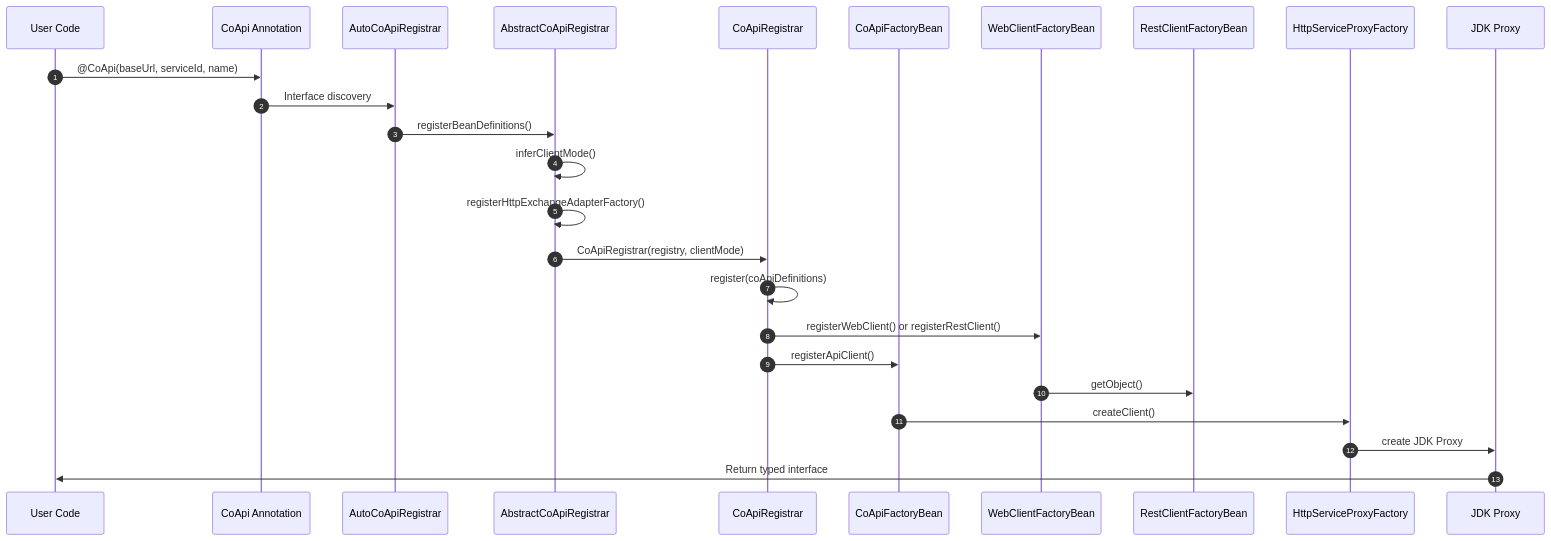
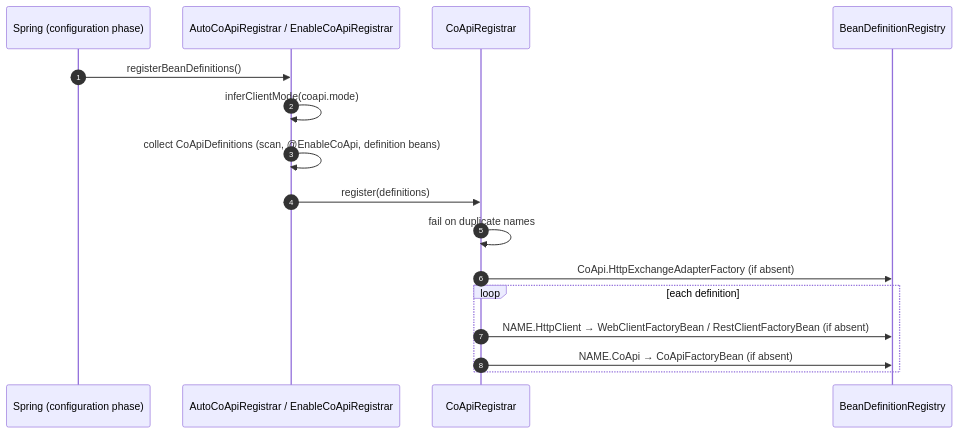
Before and after one commit to Ahoo-Wang/CoApi: the second of 2 diagrams in wiki/deep-dive/architecture.md, drawn with Mermaid. The commit also changed other lines of this file and 58 other files, not shown here.

````diff
--- a/wiki/deep-dive/architecture.md
+++ b/wiki/deep-dive/architecture.md
@@ -89,30 +32,18 @@
 ```mermaid
 sequenceDiagram
-    participant U as User Code
-    participant A as CoApi Annotation
-    participant B as AutoCoApiRegistrar
-    participant C as AbstractCoApiRegistrar
-    participant D as CoApiRegistrar
-    participant E as CoApiFactoryBean
-    participant F as WebClientFactoryBean
-    participant G as RestClientFactoryBean
-    participant H as HttpServiceProxyFactory
-    participant I as JDK Proxy
-    
     autonumber
-    
-    U->>A: @CoApi(baseUrl, serviceId, name)
-    A->>B: Interface discovery
-    B->>C: registerBeanDefinitions()
-    C->>C: inferClientMode()
-    C->>C: registerHttpExchangeAdapterFactory()
-    C->>D: CoApiRegistrar(registry, clientMode)
-    D->>D: register(coApiDefinitions)
-    D->>F: registerWebClient() or registerRestClient()
-    D->>E: registerApiClient()
-    F->>G: getObject()
-    E->>H: createClient()
-    H->>I: create JDK Proxy
-    I->>U: Return typed interface
-    
+    participant Boot as Spring (configuration phase)
+    participant R as AutoCoApiRegistrar / EnableCoApiRegistrar
+    participant CR as CoApiRegistrar
+    participant Reg as BeanDefinitionRegistry
+    Boot->>R: registerBeanDefinitions()
+    R->>R: inferClientMode(coapi.mode)
+    R->>R: collect CoApiDefinitions (scan, @EnableCoApi, definition beans)
+    R->>CR: register(definitions)
+    CR->>CR: fail on duplicate names
+    CR->>Reg: CoApi.HttpExchangeAdapterFactory (if absent)
+    loop each definition
+        CR->>Reg: NAME.HttpClient → WebClientFactoryBean / RestClientFactoryBean (if absent)
+        CR->>Reg: NAME.CoApi → CoApiFactoryBean (if absent)
+    end
 ```
````
